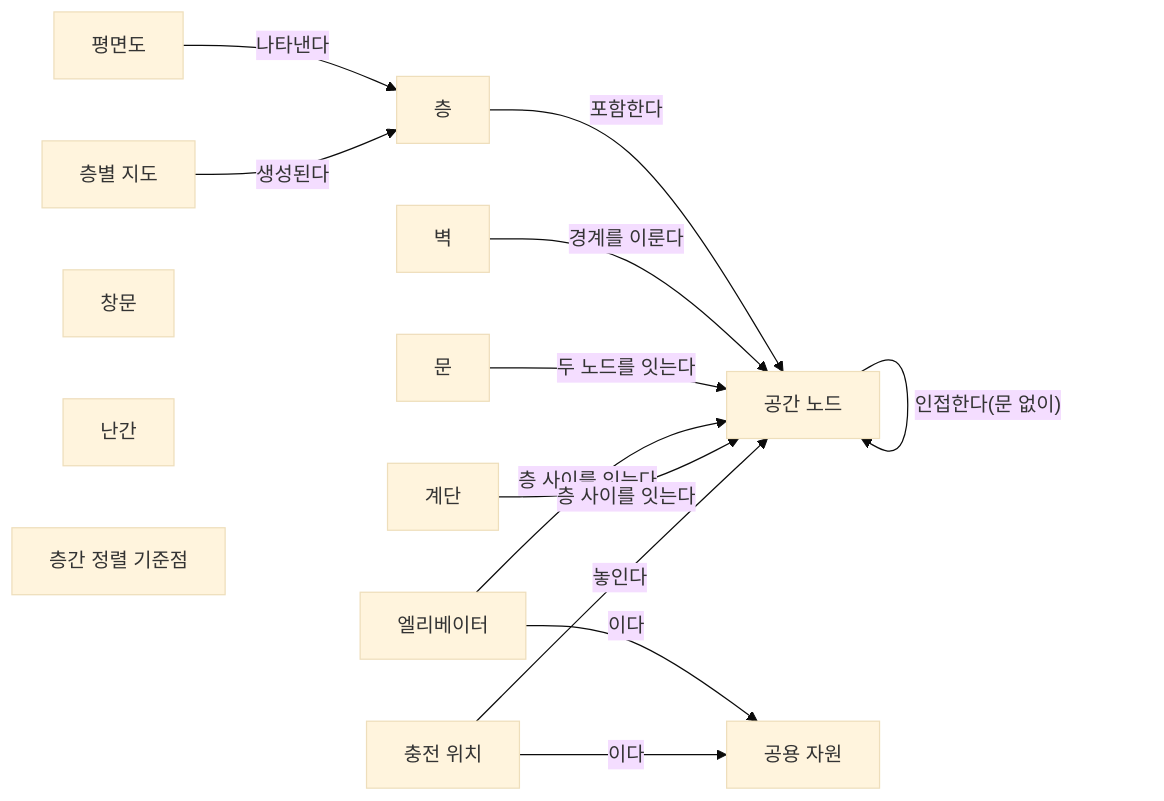
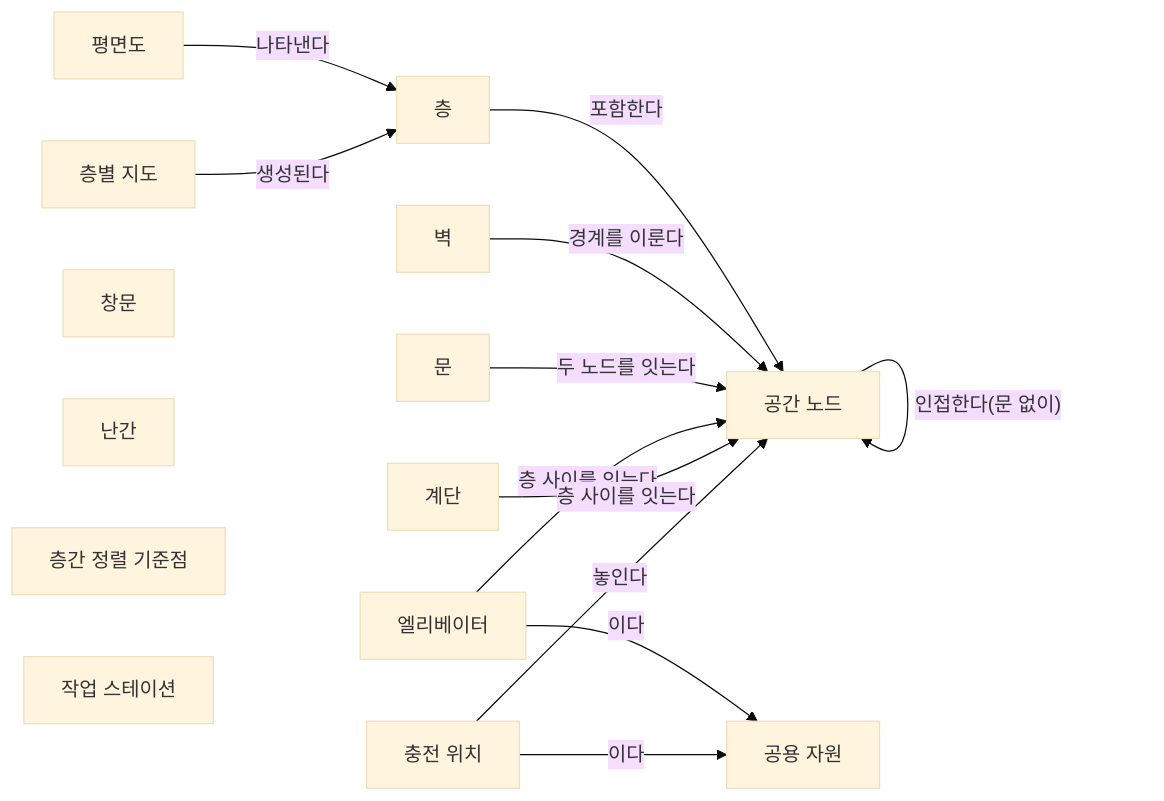
Before and after one commit to MJKIM84/ai-hub: the diagram in rop-wiki/docs/tracks/floorplan-recognition/space-graph-schema-draft.md, drawn with Mermaid (base theme). The commit also changed other lines of this file and 61 other files, not shown here.

````diff
--- a/rop-wiki/docs/tracks/floorplan-recognition/space-graph-schema-draft.md
+++ b/rop-wiki/docs/tracks/floorplan-recognition/space-graph-schema-draft.md
@@ -74,17 +75,18 @@
 ```mermaid
 flowchart LR
   plan["평면도"] -->|"나타낸다"| floor["층"]
   floor -->|"포함한다"| node["공간 노드"]
   wall["벽"] -->|"경계를 이룬다"| node
   door["문"] -->|"두 노드를 잇는다"| node
   node -->|"인접한다(문 없이)"| node
   elev["엘리베이터"] -->|"층 사이를 잇는다"| node
   stairs["계단"] -->|"층 사이를 잇는다"| node
   charge["충전 위치"] -->|"놓인다"| node
   elev -->|"이다"| res["공용 자원"]
   charge -->|"이다"| res
   fmap["층별 지도"] -->|"생성된다"| floor
   window["창문"]
   railing["난간"]
   fiducial["층간 정렬 기준점"]
+  station["작업 스테이션"]
 ```
````
